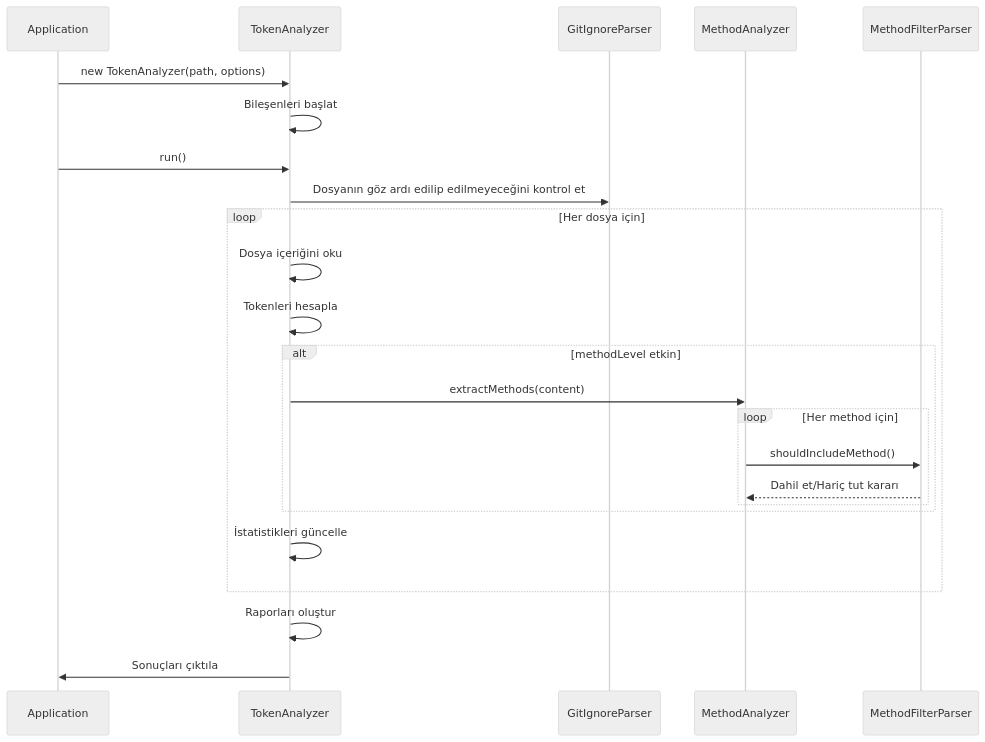
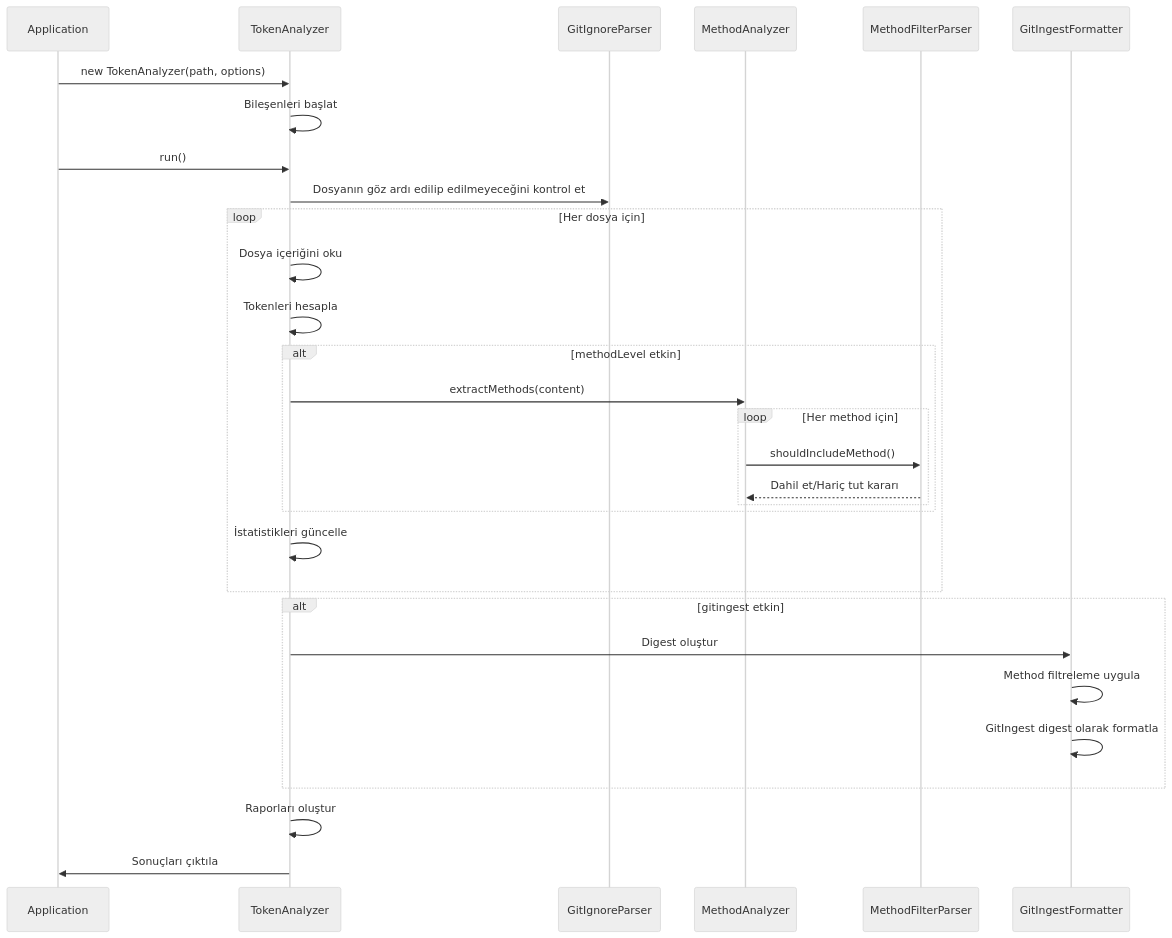
The second of 2 diagrams in docs/content-tr/Programatik-API.md (hakkisagdic/context-manager), drawn with Mermaid (neutral theme) before and after one commit. The commit also changed other lines of this file and 51 other files, not shown here.

````diff
--- a/docs/content-tr/Programatik-API.md
+++ b/docs/content-tr/Programatik-API.md
@@ -101,26 +128,32 @@
 ```mermaid
 sequenceDiagram
 participant Application
 participant TokenAnalyzer
 participant GitIgnoreParser
 participant MethodAnalyzer
 participant MethodFilterParser
+participant GitIngestFormatter
 Application->>TokenAnalyzer : new TokenAnalyzer(path, options)
 TokenAnalyzer->>TokenAnalyzer : Bileşenleri başlat
 Application->>TokenAnalyzer : run()
 TokenAnalyzer->>GitIgnoreParser : Dosyanın göz ardı edilip edilmeyeceğini kontrol et
 loop Her dosya için
 TokenAnalyzer->>TokenAnalyzer : Dosya içeriğini oku
 TokenAnalyzer->>TokenAnalyzer : Tokenleri hesapla
 alt methodLevel etkin
 TokenAnalyzer->>MethodAnalyzer : extractMethods(content)
 loop Her method için
 MethodAnalyzer->>MethodFilterParser : shouldIncludeMethod()
 MethodFilterParser-->>MethodAnalyzer : Dahil et/Hariç tut kararı
 end
 end
 TokenAnalyzer->>TokenAnalyzer : İstatistikleri güncelle
 end
+alt gitingest etkin
+TokenAnalyzer->>GitIngestFormatter : Digest oluştur
+GitIngestFormatter->>GitIngestFormatter : Method filtreleme uygula
+GitIngestFormatter->>GitIngestFormatter : GitIngest digest olarak formatla
+end
 TokenAnalyzer->>TokenAnalyzer : Raporları oluştur
 TokenAnalyzer->>Application : Sonuçları çıktıla
 ```
````
